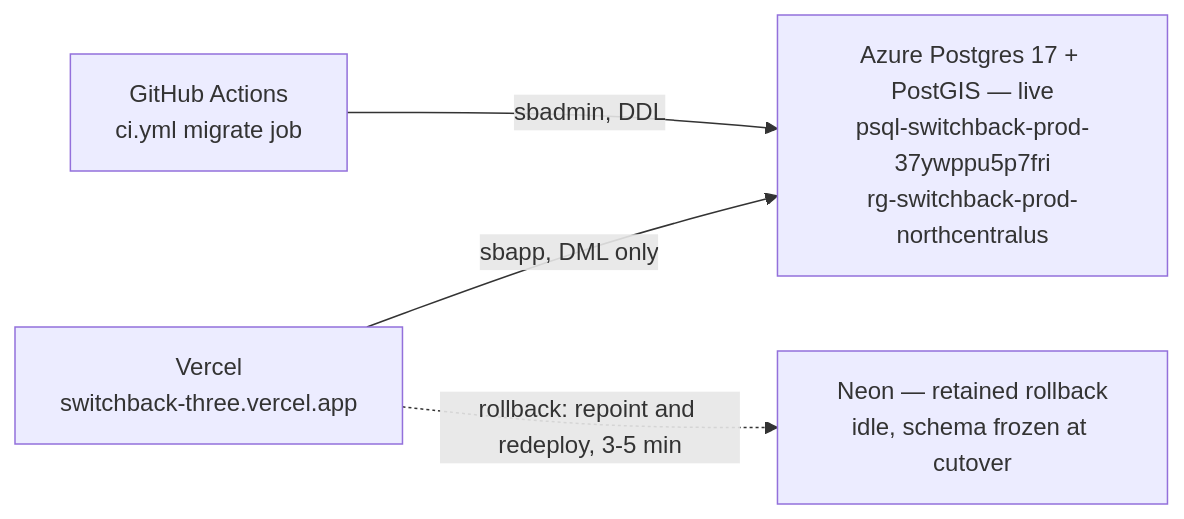
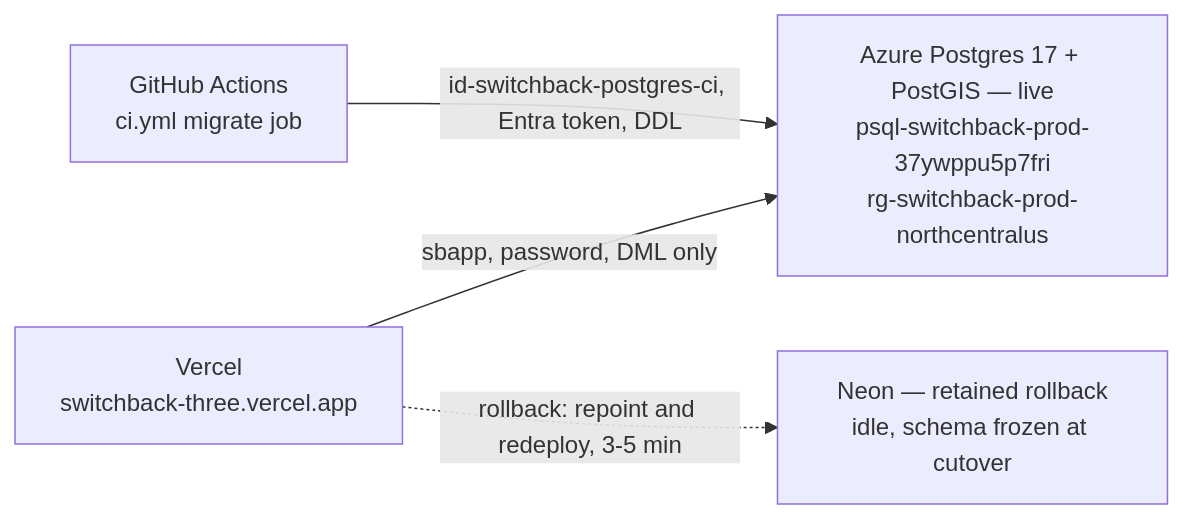
The diagram in infra/azure/README.md (mbahgatTech/switchback), drawn with Mermaid before and after one commit. The commit also changed other lines of this file and 12 other files, not shown here.

````diff
--- a/infra/azure/README.md
+++ b/infra/azure/README.md
@@ -10,11 +10,11 @@
 ```mermaid
 flowchart LR
   V["Vercel<br/>switchback-three.vercel.app"]
   CI["GitHub Actions<br/>ci.yml migrate job"]
   A["Azure Postgres 17 + PostGIS — live<br/>psql-switchback-prod-37ywppu5p7fri<br/>rg-switchback-prod-northcentralus"]
   N["Neon — retained rollback<br/>idle, schema frozen at cutover"]
 
-  V -->|"sbapp, DML only"| A
-  CI -->|"sbadmin, DDL"| A
+  V -->|"sbapp, password, DML only"| A
+  CI -->|"id-switchback-postgres-ci, Entra token, DDL"| A
   V -.->|"rollback: repoint and redeploy, 3-5 min"| N
 ```
````
